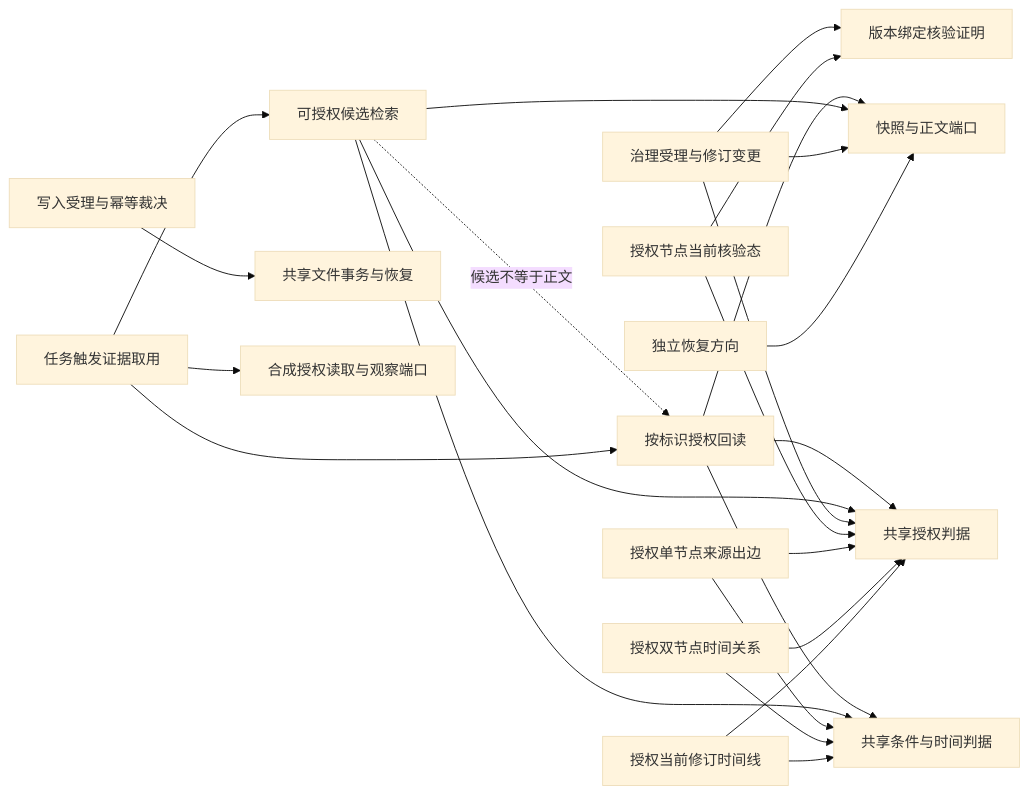
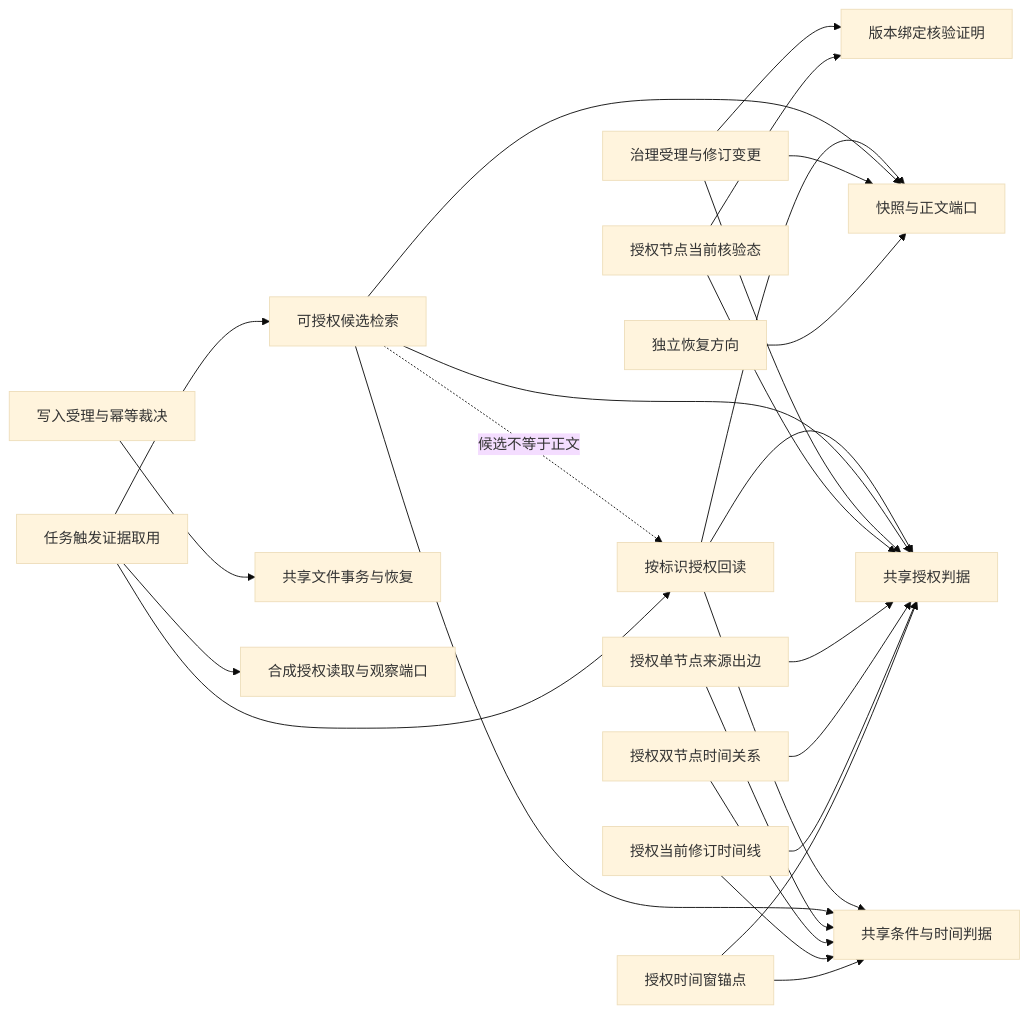
The diagram in docs/CAPABILITY_GRAPH.md (FuRongJun-1999/dsh-lingshu-memory), drawn with Mermaid (base theme) before and after one commit. The commit also changed other lines of this file and 12 other files, not shown here.

```diff
--- a/docs/CAPABILITY_GRAPH.md
+++ b/docs/CAPABILITY_GRAPH.md
@@ -5,26 +5,28 @@
 ~~~mermaid
 graph LR
   G[按标识授权回读] --> A[共享授权判据]
   G --> T[共享条件与时间判据]
   G --> S[快照与正文端口]
   Q[可授权候选检索] --> A
   Q --> T
   Q --> S
   Q -. 候选不等于正文 .-> G
   W[写入受理与幂等裁决] --> X[共享文件事务与恢复]
   R[治理受理与修订变更] --> S
   R --> A
   R --> V[版本绑定核验证明]
   K[授权节点当前核验态] --> V
   K --> A
   E[授权单节点来源出边] --> A
   E --> T
   Z[授权双节点时间关系] --> T
   Z --> A
   L[授权当前修订时间线] --> T
   L --> A
+  WN[授权时间窗锚点] --> T
+  WN --> A
   P[独立恢复方向] --> S
   C[任务触发证据取用] --> O[合成授权读取与观察端口]
   C --> G
   C --> Q
 ~~~
```
